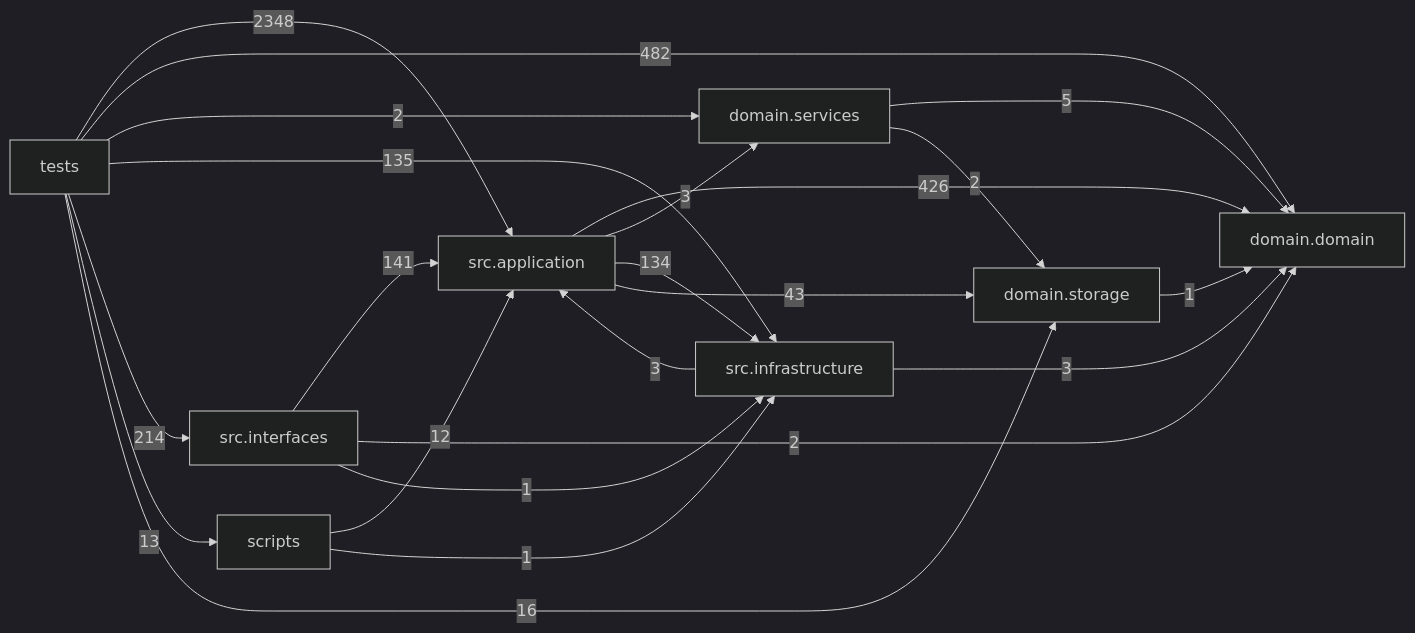
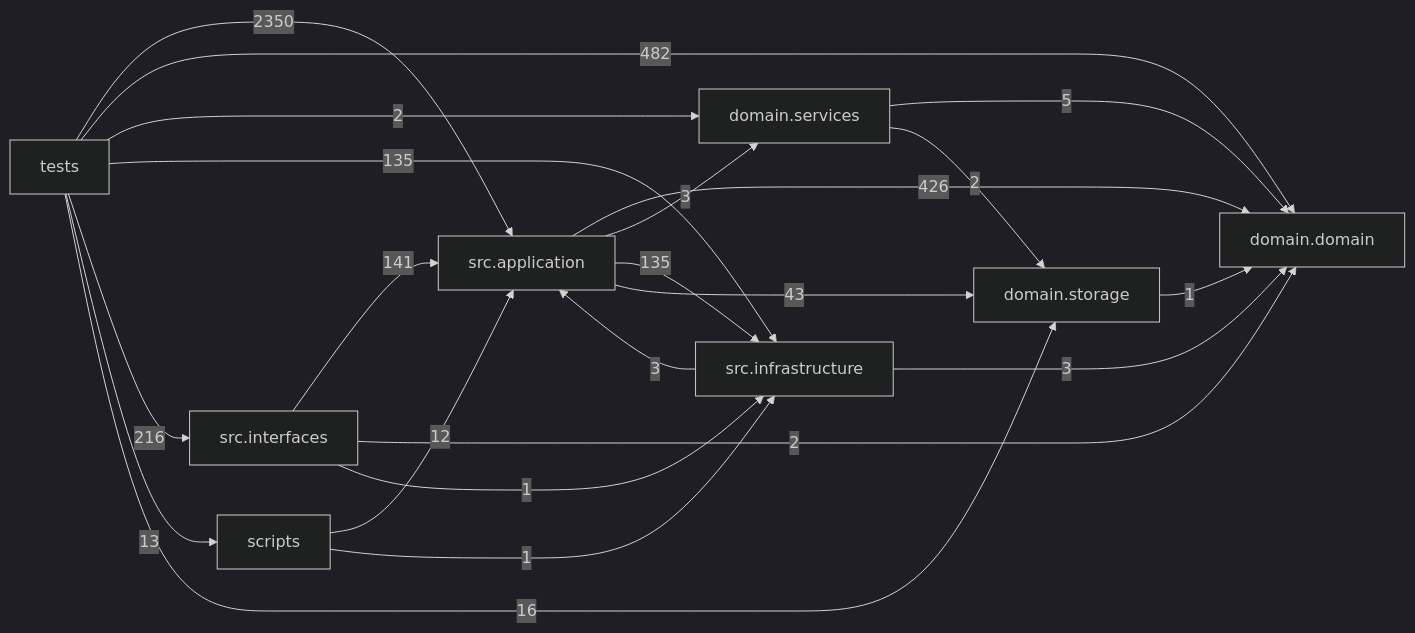
The diagram in docs/DEPENDENCY_GRAPH.md (liuxie066/options-monitor), drawn with Mermaid (dark theme) before and after one commit. The commit also changed other lines of this file and 9 other files, not shown here.

````diff
--- a/docs/DEPENDENCY_GRAPH.md
+++ b/docs/DEPENDENCY_GRAPH.md
@@ -24,32 +24,32 @@
 ```mermaid
 flowchart LR
   tests["tests"]
   scripts["scripts"]
   interfaces["src.interfaces"]
   application["src.application"]
   infrastructure["src.infrastructure"]
   domain_services["domain.services"]
   domain["domain.domain"]
   storage["domain.storage"]
   application -->|426| domain
   application -->|3| domain_services
-  application -->|134| infrastructure
+  application -->|135| infrastructure
   application -->|43| storage
   domain_services -->|5| domain
   domain_services -->|2| storage
   infrastructure -->|3| application
   infrastructure -->|3| domain
   interfaces -->|141| application
   interfaces -->|2| domain
   interfaces -->|1| infrastructure
   scripts -->|12| application
   scripts -->|1| infrastructure
   storage -->|1| domain
-  tests -->|2348| application
+  tests -->|2350| application
   tests -->|482| domain
   tests -->|2| domain_services
   tests -->|135| infrastructure
-  tests -->|214| interfaces
+  tests -->|216| interfaces
   tests -->|13| scripts
   tests -->|16| storage
 ```
````
